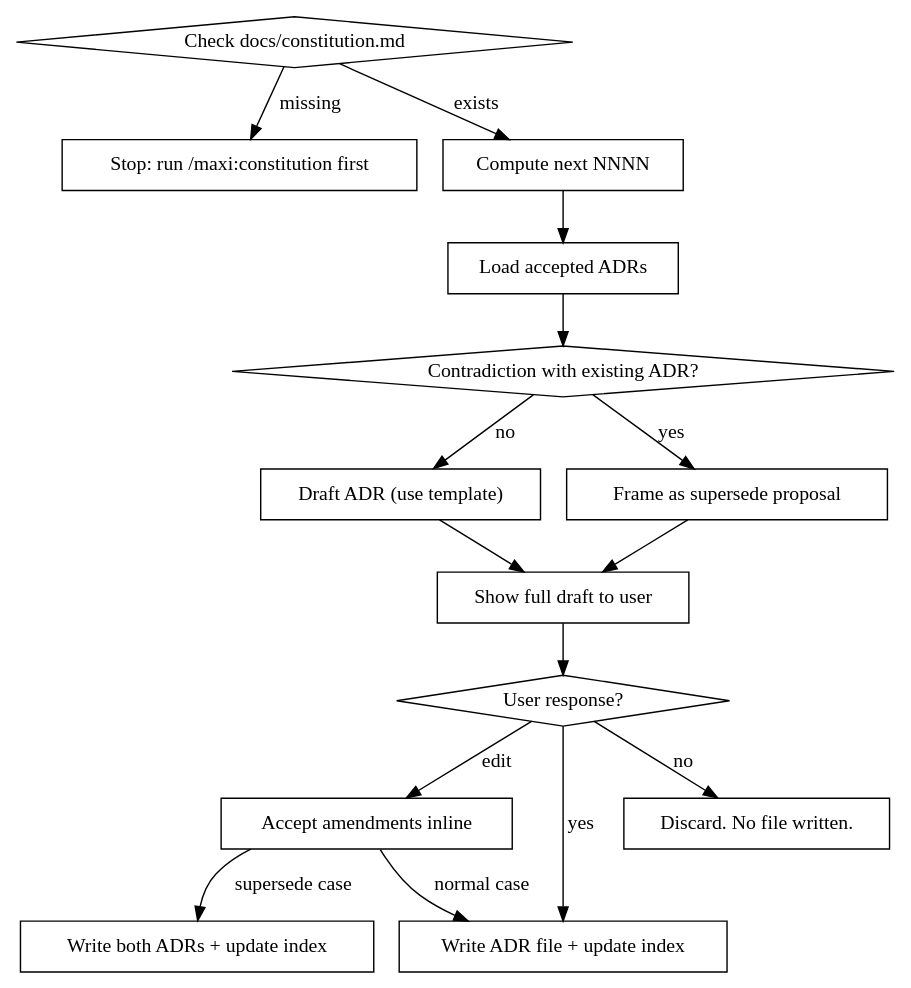
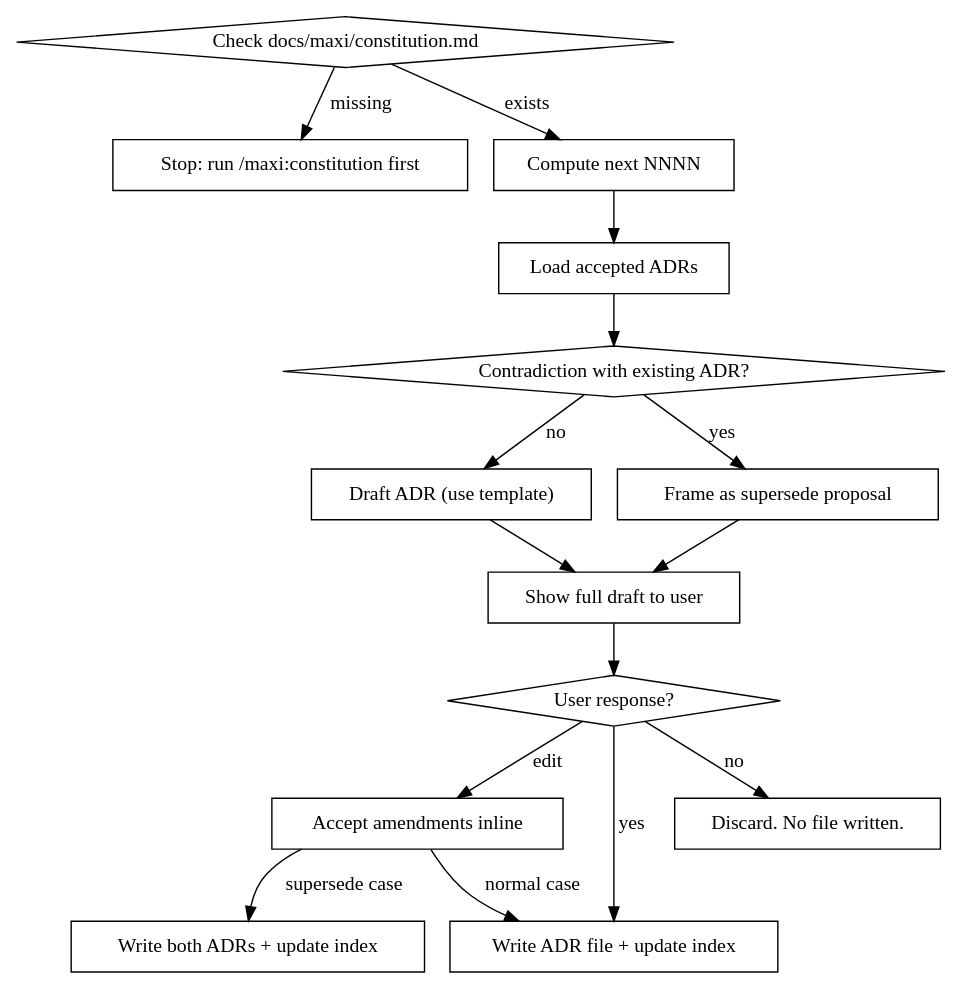
The diagram in skills/adr/SKILL.md (amoutiers/maxi-superpowers), drawn with Graphviz before and after one commit. The commit also changed other lines of this file and 20 other files, not shown here.

First line of the commit message:
feat(constitution): relocate to docs/maxi/constitution.md

````diff
--- a/skills/adr/SKILL.md
+++ b/skills/adr/SKILL.md
@@ -35,32 +35,32 @@
 ```dot
 digraph adr_process {
-    "Check docs/constitution.md" [shape=diamond];
+    "Check docs/maxi/constitution.md" [shape=diamond];
     "Stop: run /maxi:constitution first" [shape=box];
     "Compute next NNNN" [shape=box];
     "Load accepted ADRs" [shape=box];
     "Contradiction with existing ADR?" [shape=diamond];
     "Draft ADR (use template)" [shape=box];
     "Frame as supersede proposal" [shape=box];
     "Show full draft to user" [shape=box];
     "User response?" [shape=diamond];
     "Accept amendments inline" [shape=box];
     "Write ADR file + update index" [shape=box];
     "Write both ADRs + update index" [shape=box];
     "Discard. No file written." [shape=box];
 
-    "Check docs/constitution.md" -> "Stop: run /maxi:constitution first" [label="missing"];
-    "Check docs/constitution.md" -> "Compute next NNNN" [label="exists"];
+    "Check docs/maxi/constitution.md" -> "Stop: run /maxi:constitution first" [label="missing"];
+    "Check docs/maxi/constitution.md" -> "Compute next NNNN" [label="exists"];
     "Compute next NNNN" -> "Load accepted ADRs";
     "Load accepted ADRs" -> "Contradiction with existing ADR?" ;
     "Contradiction with existing ADR?" -> "Frame as supersede proposal" [label="yes"];
     "Contradiction with existing ADR?" -> "Draft ADR (use template)" [label="no"];
     "Frame as supersede proposal" -> "Show full draft to user";
     "Draft ADR (use template)" -> "Show full draft to user";
     "Show full draft to user" -> "User response?";
     "User response?" -> "Write ADR file + update index" [label="yes"];
     "User response?" -> "Accept amendments inline" [label="edit"];
     "User response?" -> "Discard. No file written." [label="no"];
     "Accept amendments inline" -> "Write both ADRs + update index" [label="supersede case"];
     "Accept amendments inline" -> "Write ADR file + update index" [label="normal case"];
 }
 ```
````
